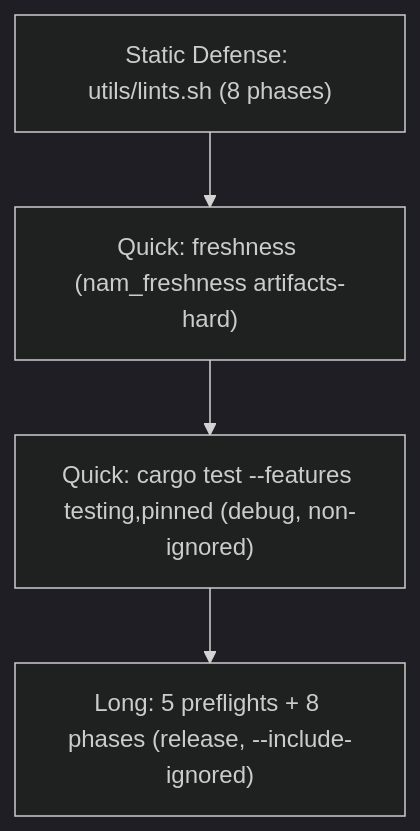
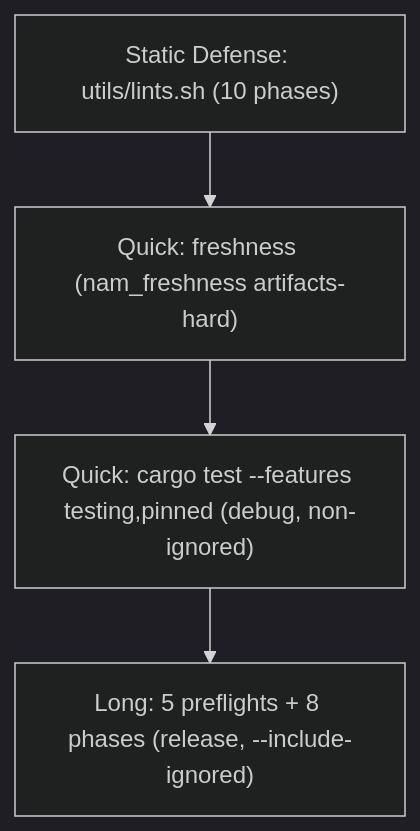
One commit to fabiohl/NeuralAmpModeler-rs changed the diagram in docs/testing.md. Above: the diagram before and after it, drawn with Mermaid (dark theme). The commit also changed other lines of this file and 13 other files, not shown here.

````diff
--- a/docs/testing.md
+++ b/docs/testing.md
@@ -105,6 +107,6 @@
 ```mermaid
 graph TD
-    L0["Static Defense: utils/lints.sh (8 phases)"] --> Q1["Quick: freshness (nam_freshness artifacts-hard)"]
+    L0["Static Defense: utils/lints.sh (10 phases)"] --> Q1["Quick: freshness (nam_freshness artifacts-hard)"]
     Q1 --> Q2["Quick: cargo test --features testing,pinned (debug, non-ignored)"]
     Q2 --> L1["Long: 5 preflights + 8 phases (release, --include-ignored)"]
 ```
````
